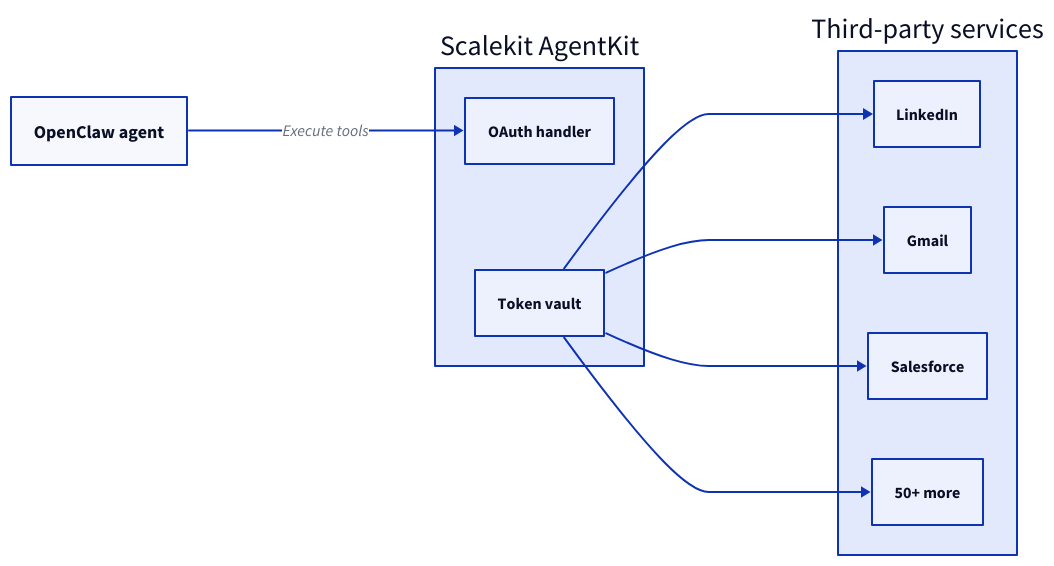
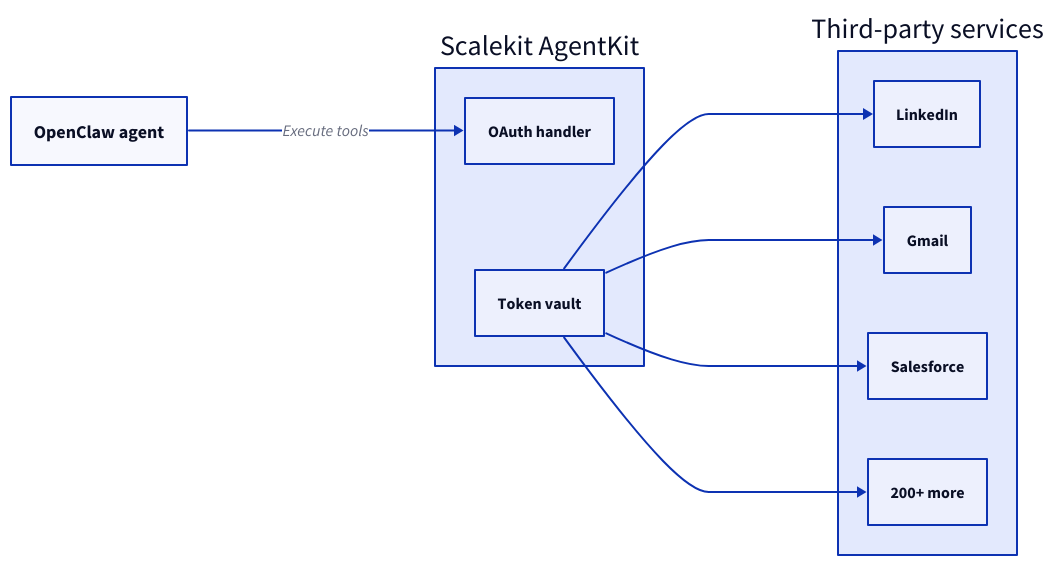
One commit to scalekit-inc/developer-docs changed the diagram in src/content/docs/agentkit/openclaw.mdx. Above: the diagram before and after it, drawn with D2. The commit also changed other lines of this file and 4 other files, not shown here.

````diff
--- a/src/content/docs/agentkit/openclaw.mdx
+++ b/src/content/docs/agentkit/openclaw.mdx
@@ -32,27 +32,27 @@
 ```d2
 direction: right
 
 OpenClaw: "OpenClaw agent" {
   style.font-size: 18
 }
 
 Scalekit: {
   label: "Scalekit AgentKit"
   Auth: "OAuth handler"
   Vault: "Token vault"
 }
 
 Providers: {
   label: "Third-party services"
   LinkedIn: "LinkedIn"
   Gmail: "Gmail"
   Salesforce: "Salesforce"
-  More: "50+ more"
+  More: "200+ more"
 }
 
 OpenClaw -> Scalekit.Auth: "Execute tools"
 Scalekit.Vault -> Providers.LinkedIn
 Scalekit.Vault -> Providers.Gmail
 Scalekit.Vault -> Providers.Salesforce
 Scalekit.Vault -> Providers.More
 ```
````
